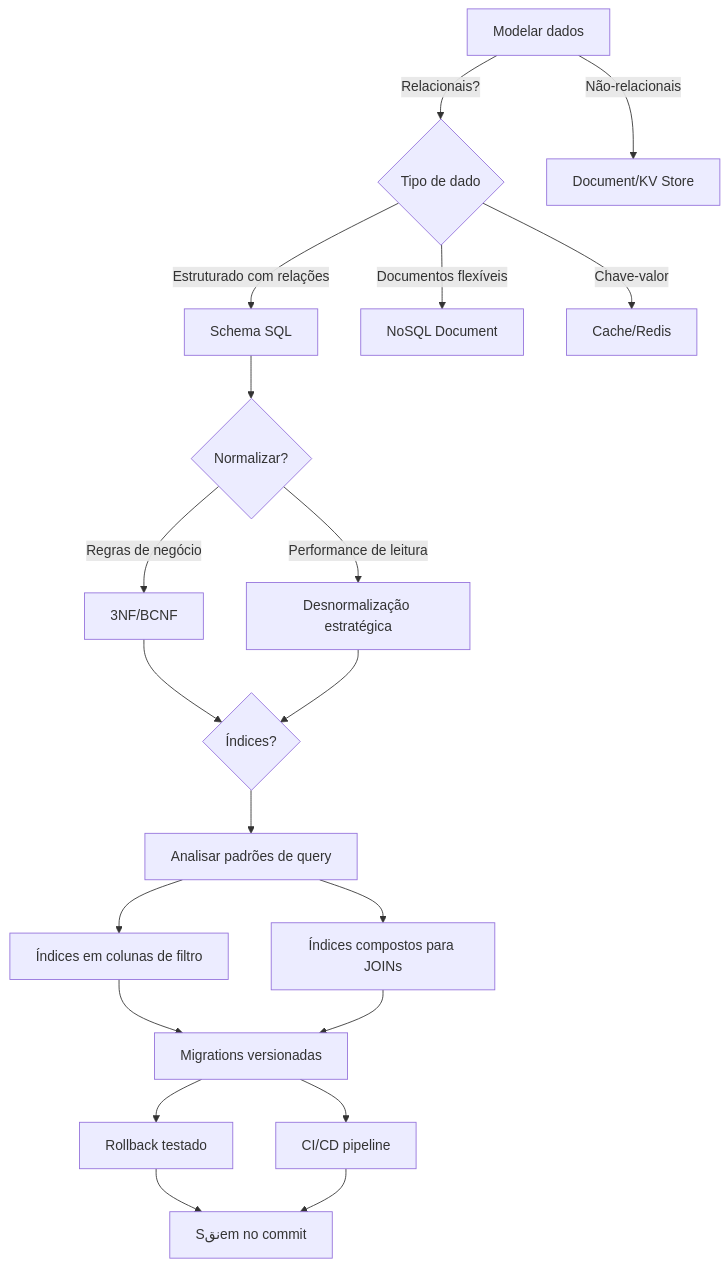
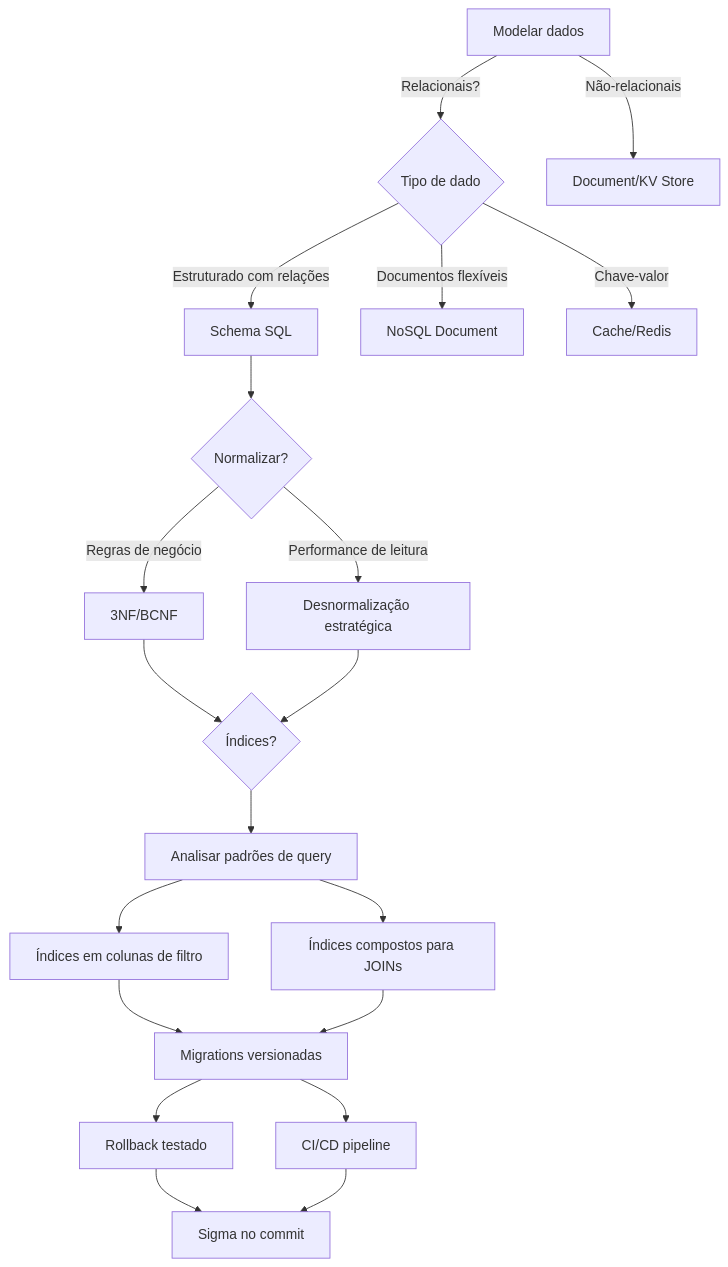
One commit to lscheffel/ignite-agents-skills changed the first of 2 diagrams in skills/data-modeling/SKILL.md. Above: the diagram before and after it, drawn with Mermaid. The commit also changed other lines of this file and 13 other files, not shown here.

````diff
--- a/skills/data-modeling/SKILL.md
+++ b/skills/data-modeling/SKILL.md
@@ -37,22 +37,22 @@
 ```mermaid
 graph TD
     A[Modelar dados] -->|Relacionais?| B{Tipo de dado}
     A -->|Não-relacionais| N[Document/KV Store]
     B -->|Estruturado com relações| C[Schema SQL]
     B -->|Documentos flexíveis| D[NoSQL Document]
     B -->|Chave-valor| E[Cache/Redis]
     C --> F{Normalizar?}
     F -->|Regras de negócio| G[3NF/BCNF]
     F -->|Performance de leitura| H[Desnormalização estratégica]
     G --> I{Índices?}
     H --> I
     I --> J[Analisar padrões de query]
     J --> K[Índices em colunas de filtro]
     J --> L[Índices compostos para JOINs]
     K --> M[Migrations versionadas]
     L --> M
     M --> N1[Rollback testado]
     M --> N2[CI/CD pipeline]
-    N1 --> O[Sنقem no commit]
+    N1 --> O[Sigma no commit]
     N2 --> O
 ```
````
